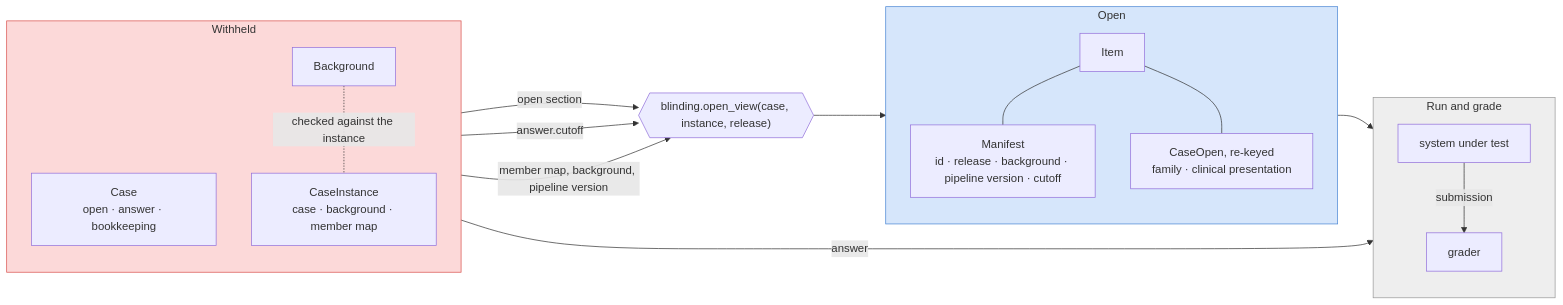
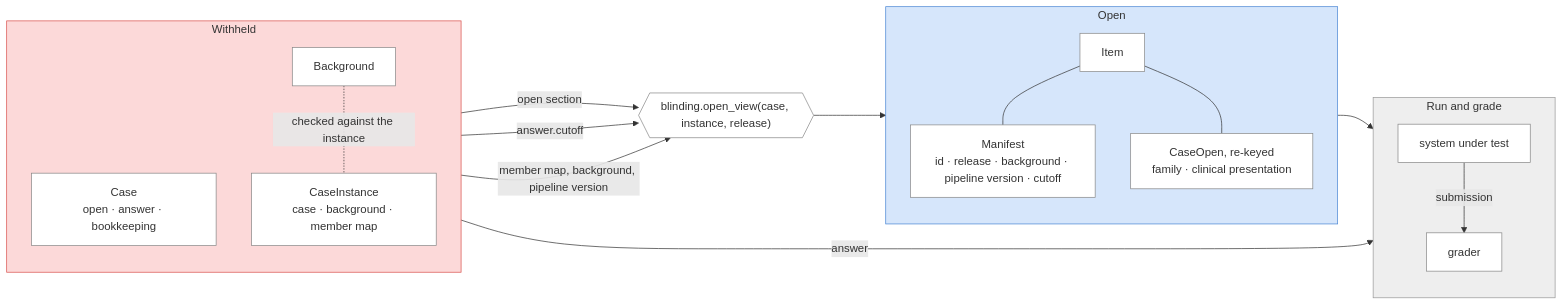
One commit to populationgenomics/rare-disease-benchmark changed the third of 3 diagrams in docs/schema.md. Above: the diagram before and after it, drawn with Mermaid. The commit also changed other lines of this file, not shown here.

````diff
--- a/docs/schema.md
+++ b/docs/schema.md
@@ -277,39 +287,40 @@
 ```mermaid
 flowchart LR
     subgraph W["Withheld"]
         direction TB
         CASE["Case<br/>open · answer · bookkeeping"]
         INST["CaseInstance<br/>case · background · member map"]
         BG["Background"]
     end
 
     OV{{"blinding.open_view(case, instance, release)"}}
 
     subgraph O["Open"]
         direction TB
         ITEM["Item"]
         MAN["Manifest<br/>id · release · background · pipeline version · cutoff"]
         INPUT["CaseOpen, re-keyed<br/>family · clinical presentation"]
         ITEM --- MAN
         ITEM --- INPUT
     end
 
     subgraph G["Run and grade"]
         direction TB
         SUT["system under test"]
         GRADER["grader"]
     end
 
     CASE -- "open section" --> OV
     CASE -- "answer.cutoff" --> OV
     INST -- "member map, background, pipeline version" --> OV
     BG -. "checked against the instance" .- INST
     OV --> ITEM
     ITEM --> SUT
     SUT -- "submission" --> GRADER
     CASE -- "answer" --> GRADER
 
+    classDef default fill:#ffffff,stroke:#888888
     style W fill:#fcd9d9,stroke:#d9534f
     style O fill:#d6e6fb,stroke:#4a86d4
     style G fill:#eeeeee,stroke:#999999
 ```
````
